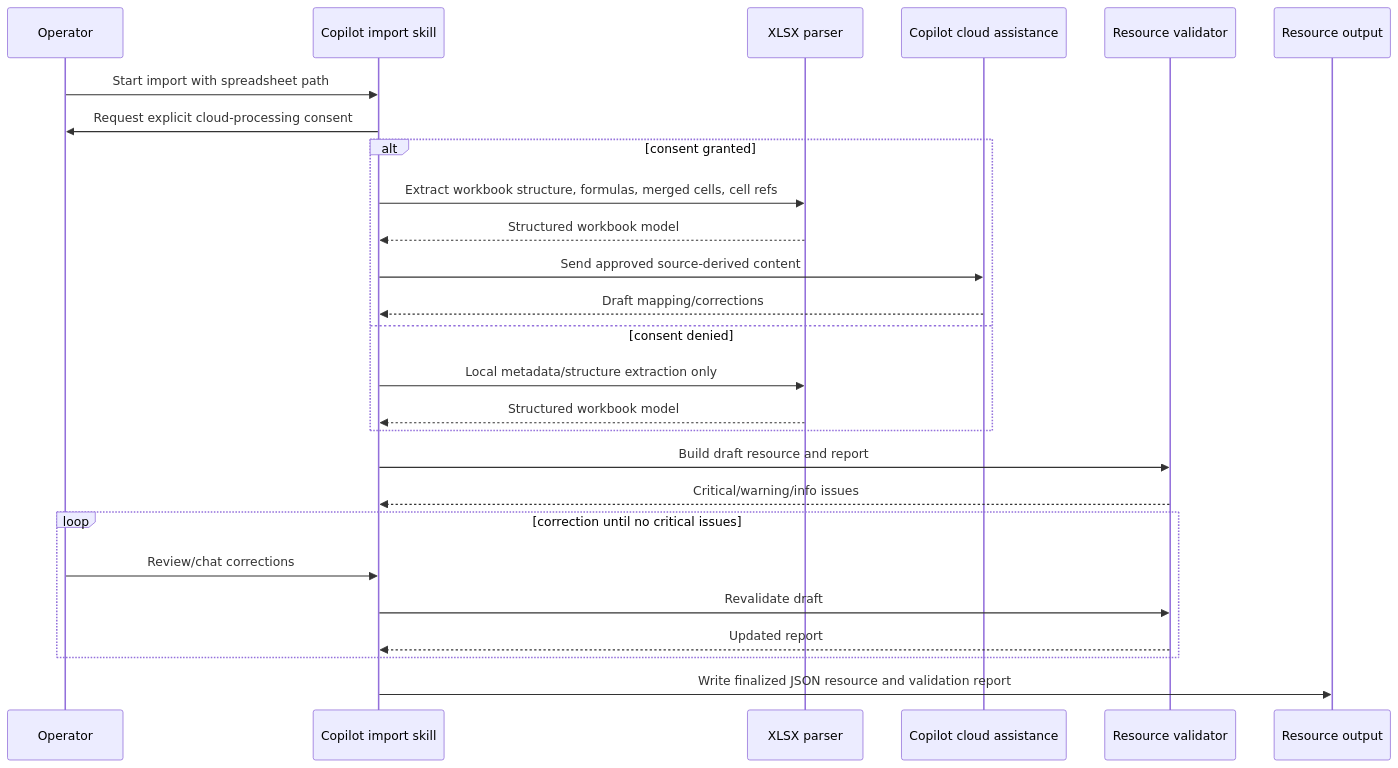
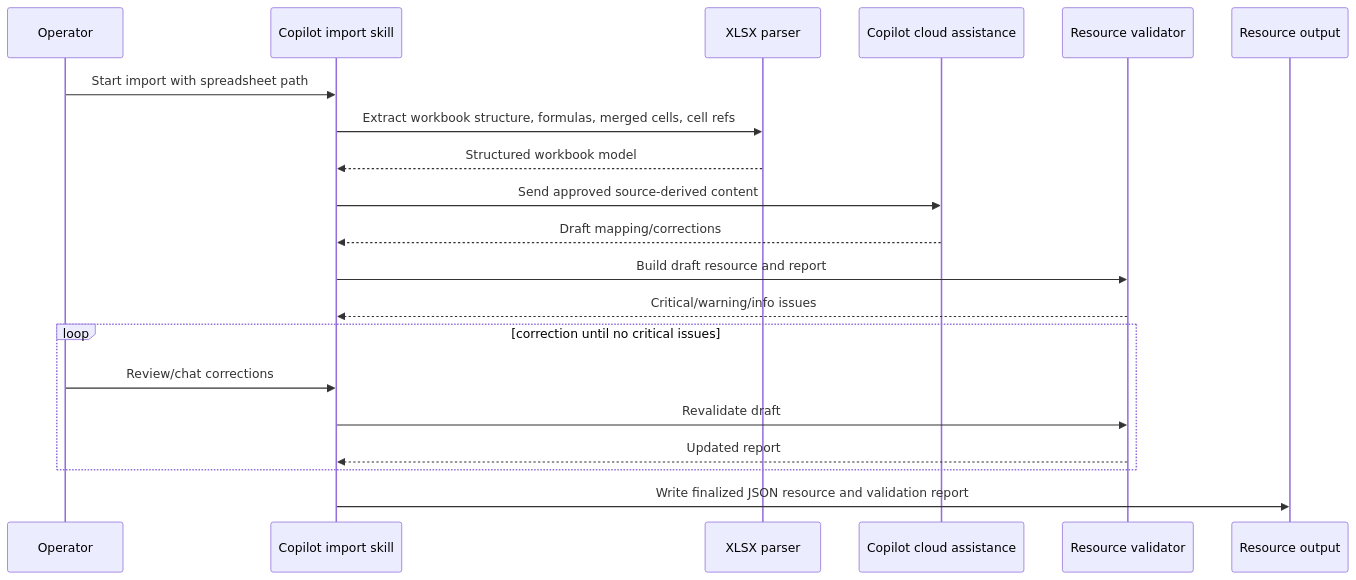
The seventh of 15 diagrams in docs/architecture.md (BerserkerDotNet/Liftorium), drawn with Mermaid before and after one commit. The commit also changed other lines of this file and 67 other files, not shown here.

First line of the commit message:
Phase 3: import workflow, schema v3, pending_runtime_references status

````diff
--- a/docs/architecture.md
+++ b/docs/architecture.md
@@ -500,29 +509,23 @@
 ```mermaid
 sequenceDiagram
     participant Op as Operator
     participant Skill as Copilot import skill
     participant Parser as XLSX parser
     participant AI as Copilot cloud assistance
     participant Validator as Resource validator
     participant Store as Resource output
 
     Op->>Skill: Start import with spreadsheet path
-    Skill->>Op: Request explicit cloud-processing consent
-    alt consent granted
-        Skill->>Parser: Extract workbook structure, formulas, merged cells, cell refs
-        Parser-->>Skill: Structured workbook model
-        Skill->>AI: Send approved source-derived content
-        AI-->>Skill: Draft mapping/corrections
-    else consent denied
-        Skill->>Parser: Local metadata/structure extraction only
-        Parser-->>Skill: Structured workbook model
-    end
+    Skill->>Parser: Extract workbook structure, formulas, merged cells, cell refs
+    Parser-->>Skill: Structured workbook model
+    Skill->>AI: Send approved source-derived content
+    AI-->>Skill: Draft mapping/corrections
     Skill->>Validator: Build draft resource and report
     Validator-->>Skill: Critical/warning/info issues
     loop correction until no critical issues
         Op->>Skill: Review/chat corrections
         Skill->>Validator: Revalidate draft
         Validator-->>Skill: Updated report
     end
     Skill->>Store: Write finalized JSON resource and validation report
 ```
````
